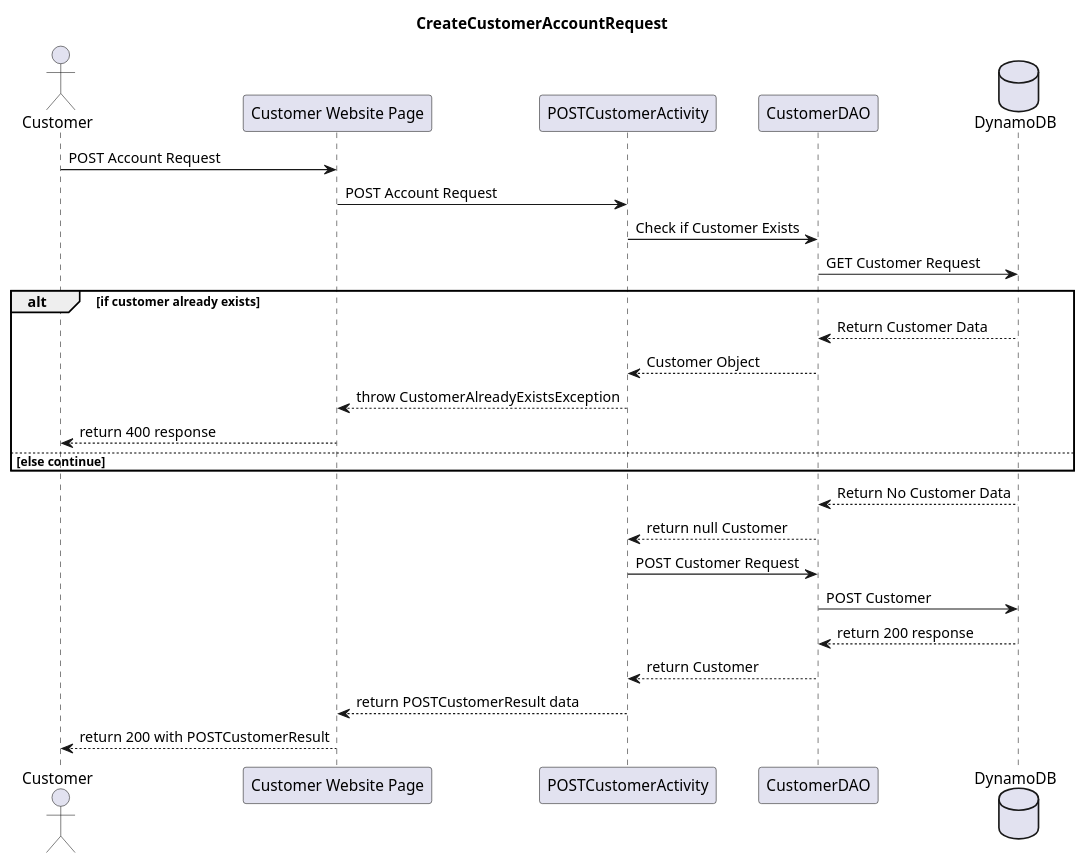
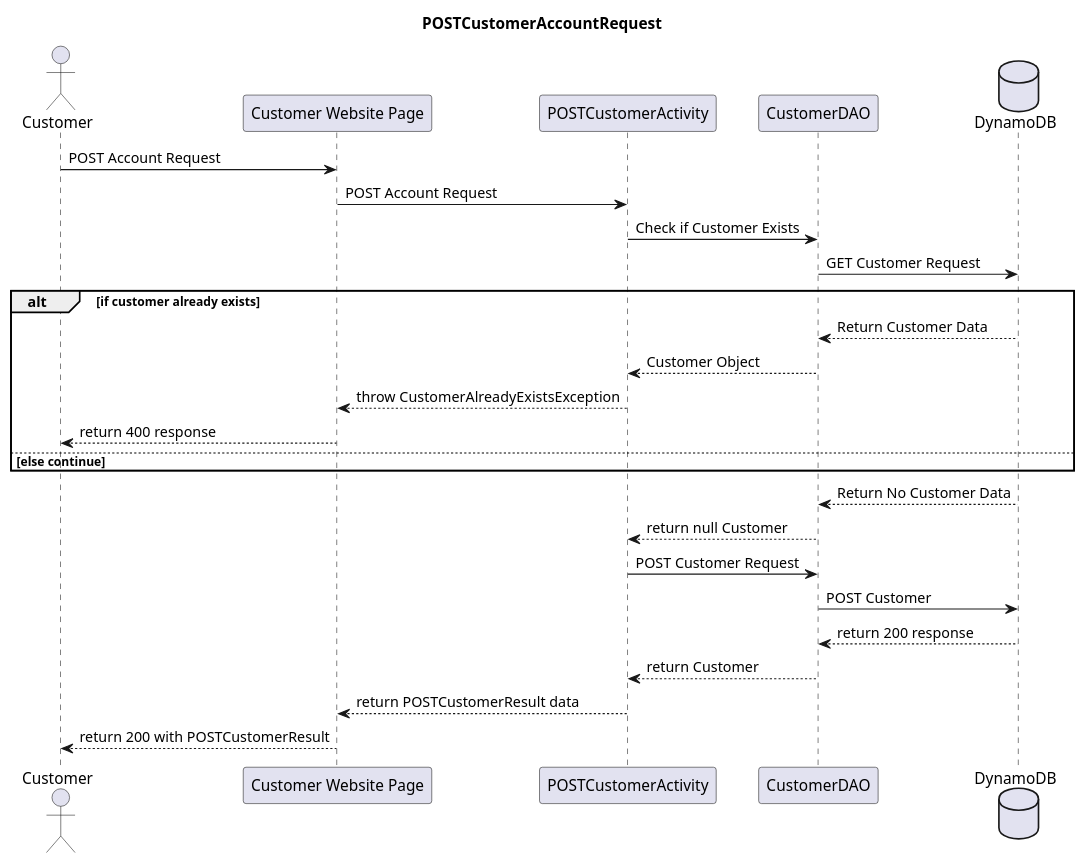
Before and after one commit to sylviamohos/CoolWithCouleBackend: the diagram in project_documents/Design/Sequence Diagrams/POST/POSTCustomerRequest.puml, drawn with PlantUML. The commit also changed 4 other files, not shown here.

Commit message:
Diagram Updates

```diff
--- a/project_documents/Design/Sequence Diagrams/POST/POSTCustomerRequest.puml
+++ b/project_documents/Design/Sequence Diagrams/POST/POSTCustomerRequest.puml
@@ -1,32 +1,32 @@
 @startuml
 'https://plantuml.com/sequence-diagram
 
 actor "Customer" as client
 participant "Customer Website Page" as apiGateway
 participant "POSTCustomerActivity" as postCustomerActivity
 participant "CustomerDAO" as customerDao
 database "DynamoDB" as dynamoDB
 
-title CreateCustomerAccountRequest
+title POSTCustomerAccountRequest
 
 client -> apiGateway : POST Account Request
 apiGateway -> postCustomerActivity : POST Account Request
 postCustomerActivity -> customerDao : Check if Customer Exists
 customerDao -> dynamoDB : GET Customer Request
 alt if customer already exists
 dynamoDB --> customerDao : Return Customer Data
 customerDao --> postCustomerActivity : Customer Object
 postCustomerActivity --> apiGateway : throw CustomerAlreadyExistsException
 apiGateway --> client : return 400 response
 else else continue
 end
 dynamoDB --> customerDao : Return No Customer Data
 customerDao --> postCustomerActivity : return null Customer
 postCustomerActivity -> customerDao : POST Customer Request
 customerDao -> dynamoDB : POST Customer
 dynamoDB --> customerDao : return 200 response
 customerDao --> postCustomerActivity : return Customer
 postCustomerActivity --> apiGateway : return POSTCustomerResult data
 apiGateway --> client : return 200 with POSTCustomerResult
 
 @enduml
```
